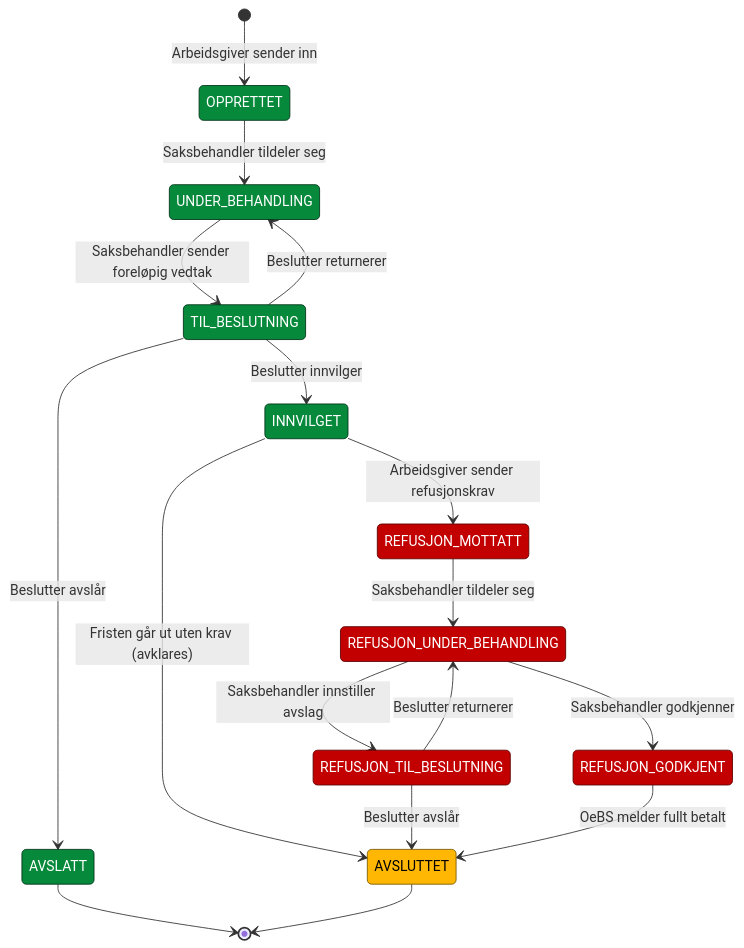
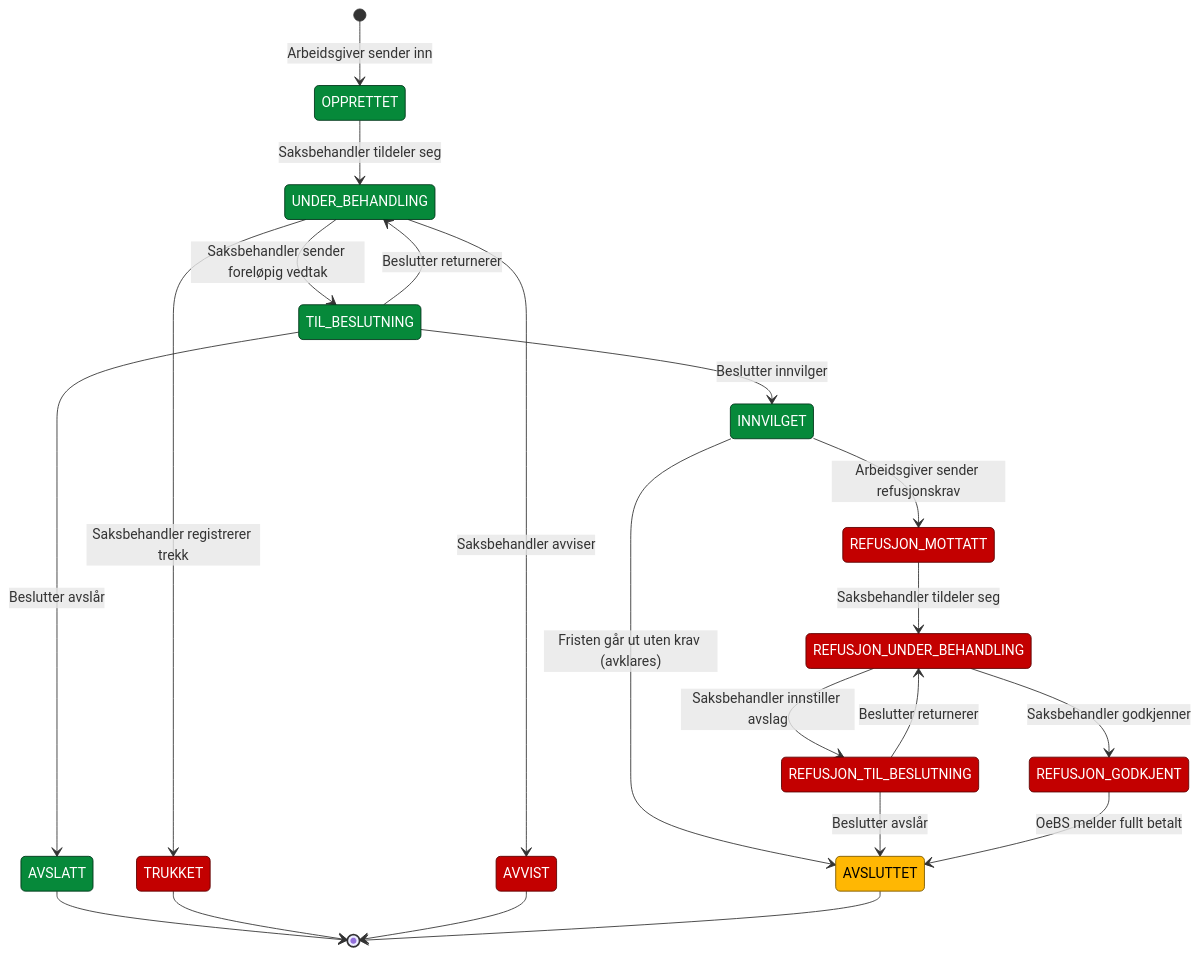
One commit to navikt/ekspertbistand changed the second of 2 diagrams in planning/README.md. Above: the diagram before and after it, drawn with Mermaid. The commit also changed other lines of this file and 2 other files, not shown here.

````diff
--- a/planning/README.md
+++ b/planning/README.md
@@ -199,27 +221,31 @@
 ```mermaid
 stateDiagram-v2
     classDef finnes fill:#06893a,stroke:#00341a,color:#fff
     classDef delvis fill:#ffb703,stroke:#7a5800,color:#000
     classDef mangler fill:#c30000,stroke:#5c0000,color:#fff
 
     [*] --> OPPRETTET: Arbeidsgiver sender inn
     OPPRETTET --> UNDER_BEHANDLING: Saksbehandler tildeler seg
     UNDER_BEHANDLING --> TIL_BESLUTNING: Saksbehandler sender foreløpig vedtak
     TIL_BESLUTNING --> UNDER_BEHANDLING: Beslutter returnerer
     TIL_BESLUTNING --> AVSLATT: Beslutter avslår
     TIL_BESLUTNING --> INNVILGET: Beslutter innvilger
     AVSLATT --> [*]
+    UNDER_BEHANDLING --> TRUKKET: Saksbehandler registrerer trekk
+    UNDER_BEHANDLING --> AVVIST: Saksbehandler avviser
+    TRUKKET --> [*]
+    AVVIST --> [*]
     INNVILGET --> REFUSJON_MOTTATT: Arbeidsgiver sender refusjonskrav
     INNVILGET --> AVSLUTTET: Fristen går ut uten krav (avklares)
     REFUSJON_MOTTATT --> REFUSJON_UNDER_BEHANDLING: Saksbehandler tildeler seg
     REFUSJON_UNDER_BEHANDLING --> REFUSJON_GODKJENT: Saksbehandler godkjenner
     REFUSJON_UNDER_BEHANDLING --> REFUSJON_TIL_BESLUTNING: Saksbehandler innstiller avslag
     REFUSJON_TIL_BESLUTNING --> REFUSJON_UNDER_BEHANDLING: Beslutter returnerer
     REFUSJON_TIL_BESLUTNING --> AVSLUTTET: Beslutter avslår
     REFUSJON_GODKJENT --> AVSLUTTET: OeBS melder fullt betalt
     AVSLUTTET --> [*]
 
     class OPPRETTET,UNDER_BEHANDLING,TIL_BESLUTNING,INNVILGET,AVSLATT finnes
     class AVSLUTTET delvis
-    class REFUSJON_MOTTATT,REFUSJON_UNDER_BEHANDLING,REFUSJON_TIL_BESLUTNING,REFUSJON_GODKJENT mangler
+    class REFUSJON_MOTTATT,REFUSJON_UNDER_BEHANDLING,REFUSJON_TIL_BESLUTNING,REFUSJON_GODKJENT,TRUKKET,AVVIST mangler
 ```
````
